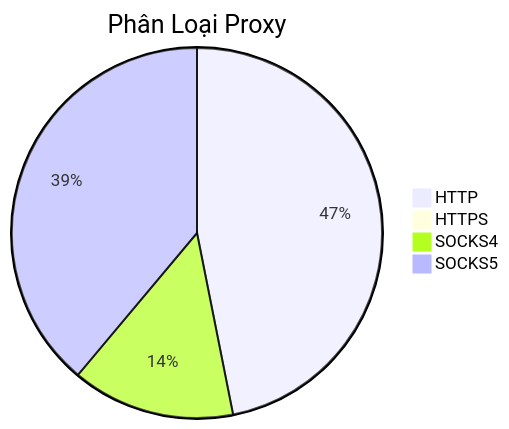
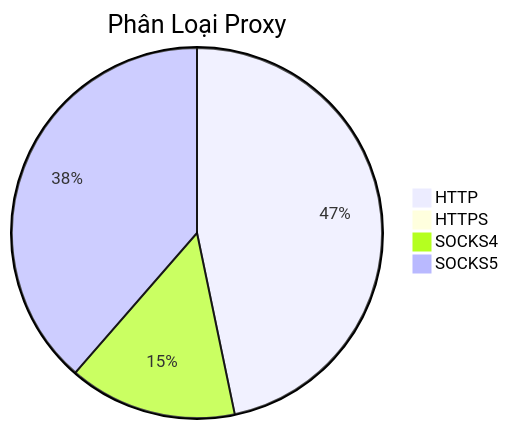
The diagram in README.md (Ciara-Aa/PROXY-free), drawn with Mermaid before and after one commit. The commit also changed other lines of this file and 4 other files, not shown here.

````diff
--- a/README.md
+++ b/README.md
@@ -26,7 +26,7 @@
 ```mermaid
 pie title Phân Loại Proxy
-    "HTTP" : 270
+    "HTTP" : 293
     "HTTPS" : 3
-    "SOCKS4" : 82
-    "SOCKS5" : 224
+    "SOCKS4" : 92
+    "SOCKS5" : 242
 ```
````
